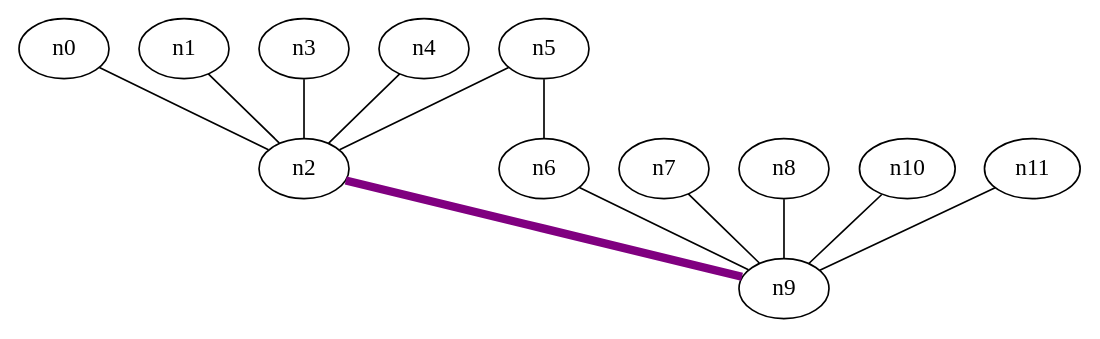
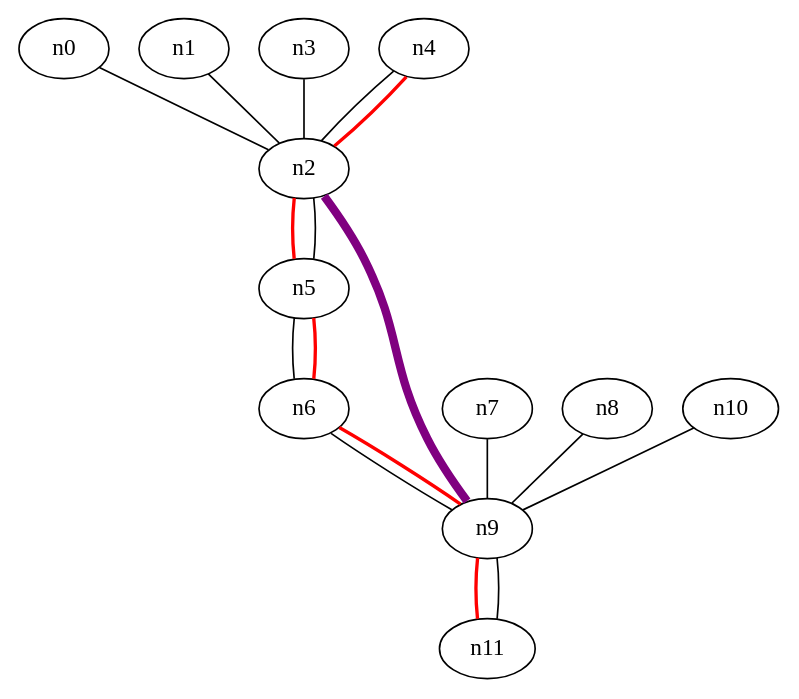
One commit to Grimmgockel/QuNetOptix changed the diagram in QuNetOptix/lvl1_net.dot. Above: the diagram before and after it, drawn with Graphviz. The commit also changed 4 other files, not shown here.

```diff
--- a/QuNetOptix/lvl1_net.dot
+++ b/QuNetOptix/lvl1_net.dot
@@ -1,28 +1,34 @@
 graph {
 n0 [label="n0"];
 n1 [label="n1"];
 n2 [label="n2"];
 n3 [label="n3"];
 n4 [label="n4"];
 n5 [label="n5"];
 n6 [label="n6"];
 n7 [label="n7"];
 n8 [label="n8"];
 n9 [label="n9"];
 n10 [label="n10"];
 n11 [label="n11"];
 
 n0--n2;
 n1--n2;
 n4--n2;
 n3--n2;
 n5--n2;
 n5--n6;
 n6--n9;
 n7--n9;
 n8--n9;
 n11--n9;
 n10--n9;
 
 n2--n9 [color=purple penwidth=5 constraint=False];
+
+n4--n2 [color=red penwidth=2]
+n2--n5 [color=red penwidth=2]
+n5--n6 [color=red penwidth=2]
+n6--n9 [color=red penwidth=2]
+n9--n11 [color=red penwidth=2]
 }
```
